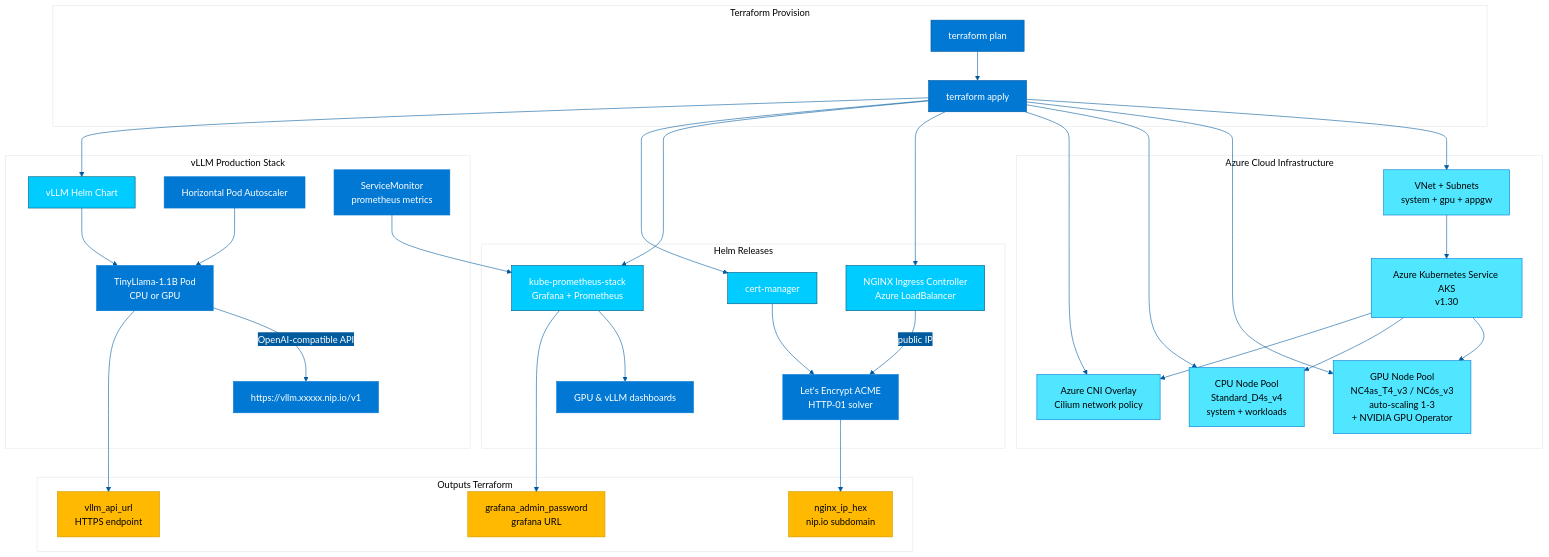
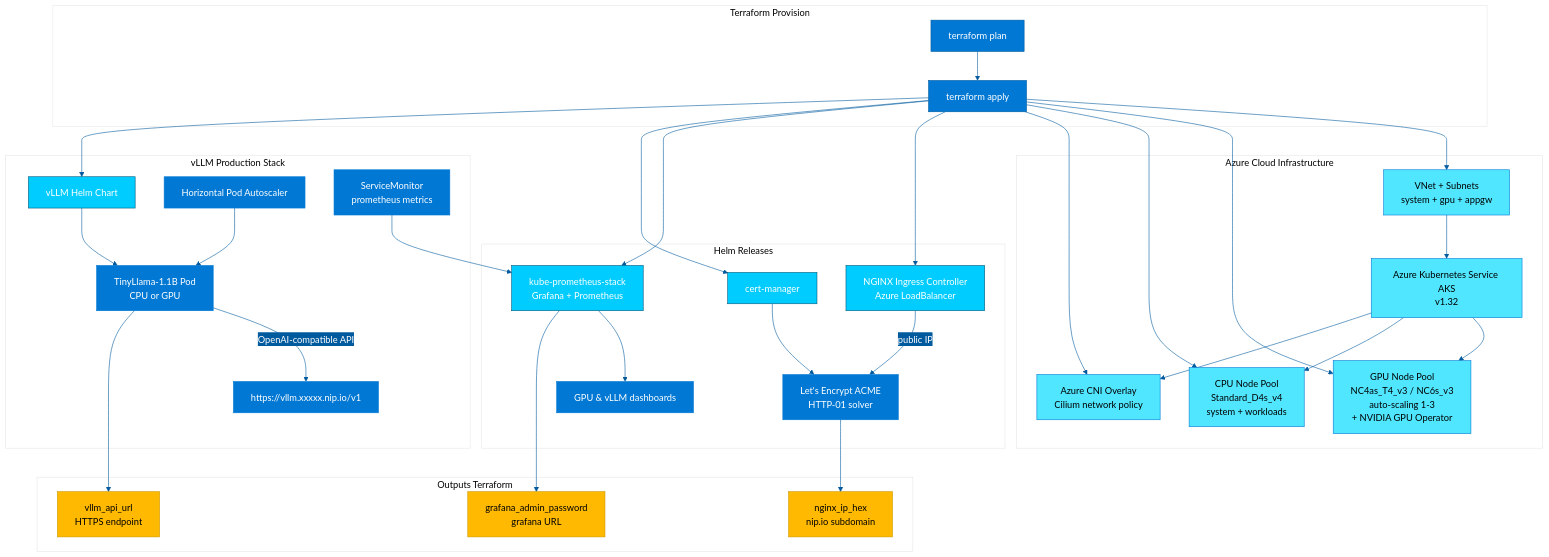
One commit to pakolee867/vllm-production-stack-terraform changed the diagram in aks/README.md. Above: the diagram before and after it, drawn with Mermaid. The commit also changed other lines of this file, not shown here.

````diff
--- a/aks/README.md
+++ b/aks/README.md
@@ -3,46 +3,46 @@
 ```mermaid
 %%{init: {'theme':'base', 'themeVariables':{ 'primaryColor':'#0078d4', 'primaryTextColor':'#ffffff', 'primaryBorderColor':'#0078d4','lineColor':'#005a9e', 'secondaryColor':'#005a9e', 'tertiaryColor':'#fff'}}}%%
 flowchart TD
     subgraph "Terraform Provision"
         A[terraform plan] --> B[terraform apply]
     end
     subgraph "Azure Cloud Infrastructure"
-        C[VNet + Subnets<br>system + gpu + appgw] --> D[Azure Kubernetes Service AKS<br>v1.30]
+        C[VNet + Subnets<br>system + gpu + appgw] --> D[Azure Kubernetes Service AKS<br>v1.32]
         D --> E[GPU Node Pool<br>NC4as_T4_v3 / NC6s_v3<br>auto-scaling 1-3<br>+ NVIDIA GPU Operator]
         D --> F[CPU Node Pool<br>Standard_D4s_v4<br>system + workloads]
         D --> G[Azure CNI Overlay<br>Cilium network policy]
     end
     subgraph "Helm Releases"
         H[NGINX Ingress Controller<br>Azure LoadBalancer] -->|public IP| I[Let's Encrypt ACME<br>HTTP-01 solver]
         J[kube-prometheus-stack<br>Grafana + Prometheus] --> K[GPU & vLLM dashboards]
         L[cert-manager] --> I
     end
     subgraph "vLLM Production Stack"
         M[vLLM Helm Chart] --> N[TinyLlama-1.1B Pod<br>CPU or GPU]
         N -->|OpenAI-compatible API| O[https://vllm.xxxxx.nip.io/v1]
         P[Horizontal Pod Autoscaler] --> N
         Q[ServiceMonitor<br>prometheus metrics] --> J
     end
     subgraph "Outputs Terraform"
         I --> R[nginx_ip_hex<br>nip.io subdomain]
         J --> S[grafana_admin_password<br>grafana URL]
         N --> T[vllm_api_url<br>HTTPS endpoint]
     end
     %% flow
     B --> C
     B --> E
     B --> F
     B --> G
     B --> H
     B --> J
     B --> L
     B --> M
     classDef terraform fill:#0078d4,stroke:#005a9e,color:#fff
     classDef helm fill:#00ccff,stroke:#005577,color:#fff
     classDef infra fill:#50e6ff,stroke:#0078d4,color:#000
     classDef output fill:#ffb900,stroke:#cc9900,color:#000
     class A,B terraform
     class H,J,L,M helm
     class C,D,E,F,G infra
     class R,S,T output
 ```
````
